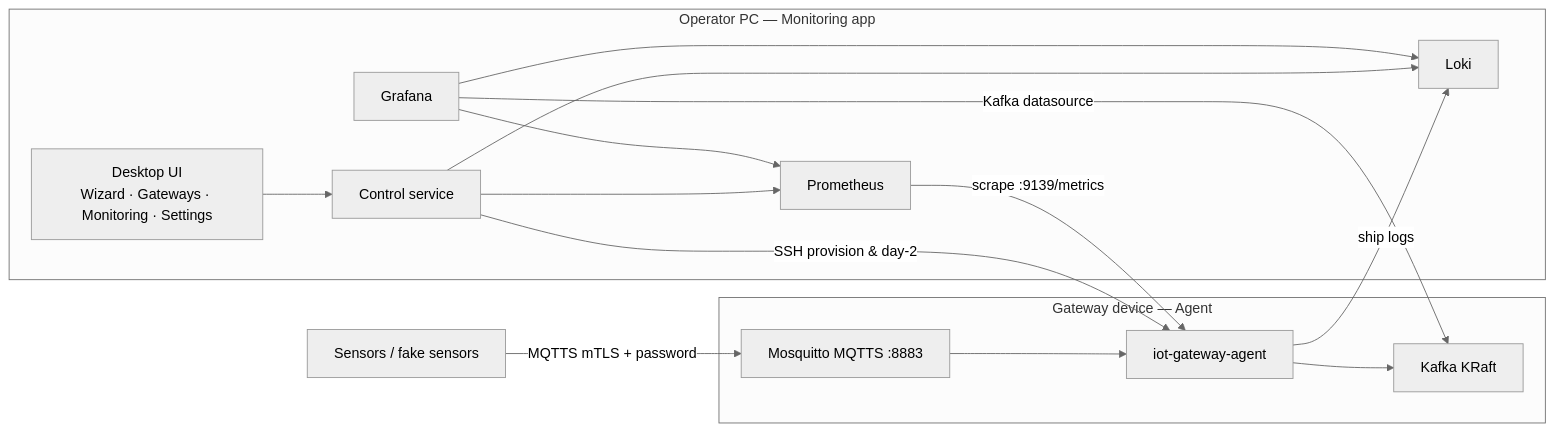
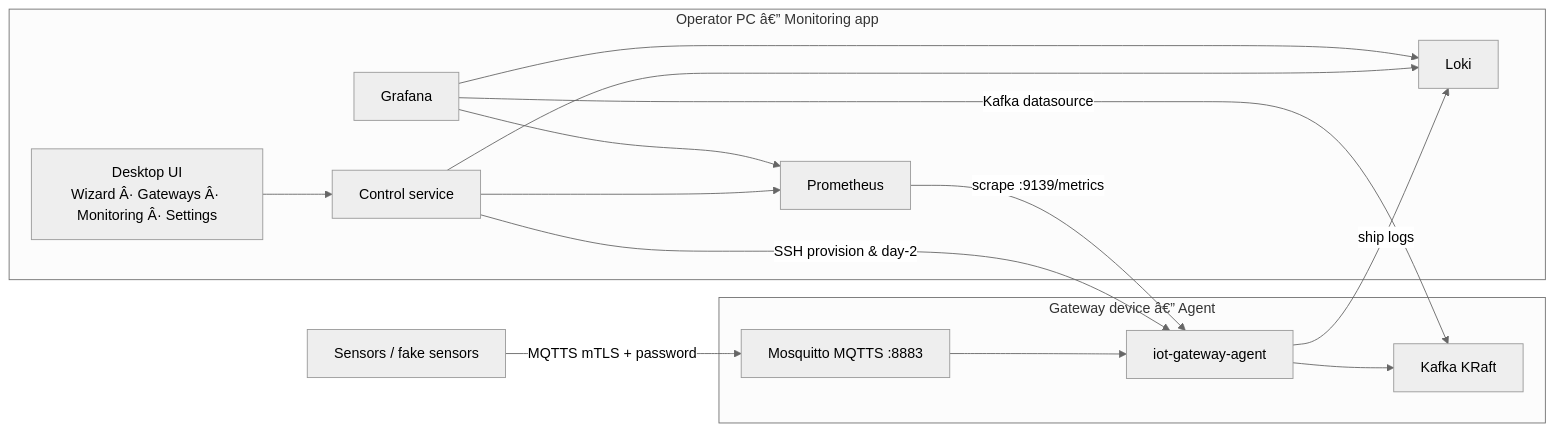
Before and after one commit to ngmibach/iot-gateway: the first of 8 diagrams in docs/architecture.md, drawn with Mermaid (neutral theme). The commit also changed other lines of this file and 5 other files, not shown here.

````diff
--- a/docs/architecture.md
+++ b/docs/architecture.md
@@ -9,31 +9,31 @@
 ```mermaid
 flowchart LR
-  subgraph PC["Operator PC — Monitoring app"]
-    UI["Desktop UI\nWizard · Gateways · Monitoring · Settings"]
+  subgraph PC["Operator PC â€” Monitoring app"]
+    UI["Desktop UI\nWizard Â· Gateways Â· Monitoring Â· Settings"]
     CS["Control service"]
     PROM["Prometheus"]
     LOKI["Loki"]
     GRAF["Grafana"]
   end
 
-  subgraph GW["Gateway device — Agent"]
+  subgraph GW["Gateway device â€” Agent"]
     AGENT["iot-gateway-agent"]
     MQTT["Mosquitto MQTTS :8883"]
     KAFKA["Kafka KRaft"]
   end
 
   SENSORS["Sensors / fake sensors"]
 
   UI --> CS
   CS -->|"SSH provision & day-2"| AGENT
   SENSORS -->|"MQTTS mTLS + password"| MQTT
   MQTT --> AGENT
   AGENT --> KAFKA
   AGENT -->|"ship logs"| LOKI
   PROM -->|"scrape :9139/metrics"| AGENT
   CS --> PROM
   CS --> LOKI
   GRAF --> PROM
   GRAF --> LOKI
   GRAF -->|"Kafka datasource"| KAFKA
 ```
````
